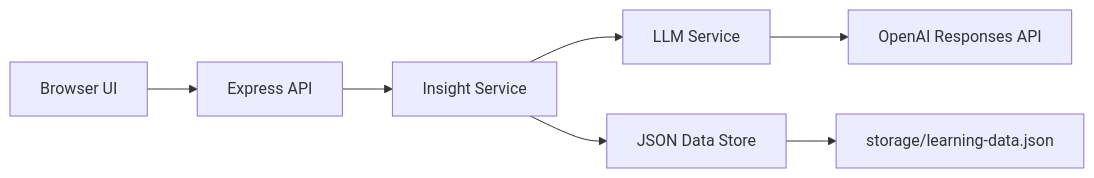
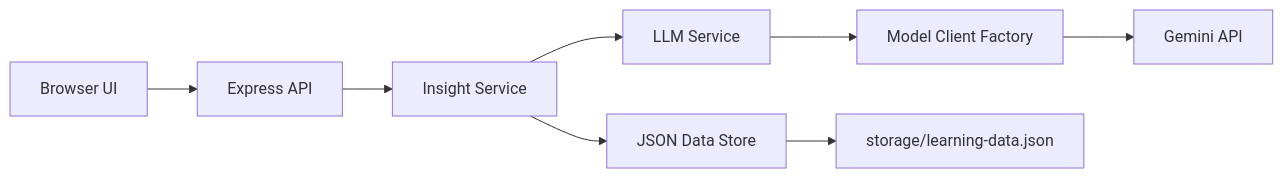
Before and after one commit to haiphamthanh/utils_ai_advisor: the diagram in docs/architecture-report.md, drawn with Mermaid. The commit also changed other lines of this file and 10 other files, not shown here.

````diff
--- a/docs/architecture-report.md
+++ b/docs/architecture-report.md
@@ -17,9 +17,10 @@
 ```mermaid
 flowchart LR
 UI[Browser UI] --> API[Express API]
 API --> IS[Insight Service]
 IS --> LLM[LLM Service]
+LLM --> MC[Model Client Factory]
 IS --> DS[JSON Data Store]
-LLM --> OAI[OpenAI Responses API]
+MC --> GEM[Gemini API]
 DS --> FILE[storage/learning-data.json]
 ```
````
